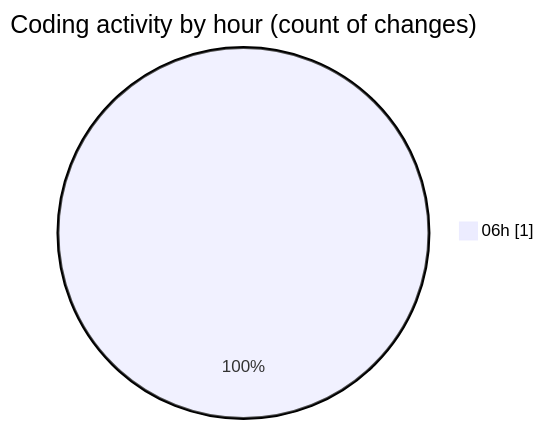
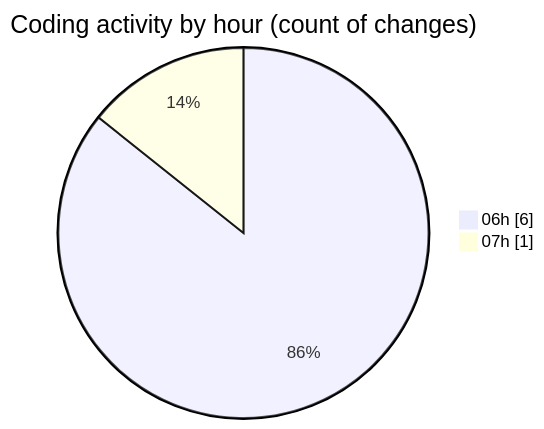
The second of 2 diagrams in 2025-08-20/www/README.md (vahidmafi/code-tracking), drawn with Mermaid before and after one commit. The commit also changed other lines of this file and 1 other file, not shown here.

````diff
--- a/2025-08-20/www/README.md
+++ b/2025-08-20/www/README.md
@@ -28,5 +30,6 @@
 ```mermaid
 pie showData
 title Coding activity by hour (count of changes)
-"06h" : 1
+"06h" : 6
+"07h" : 1
 ```
````
